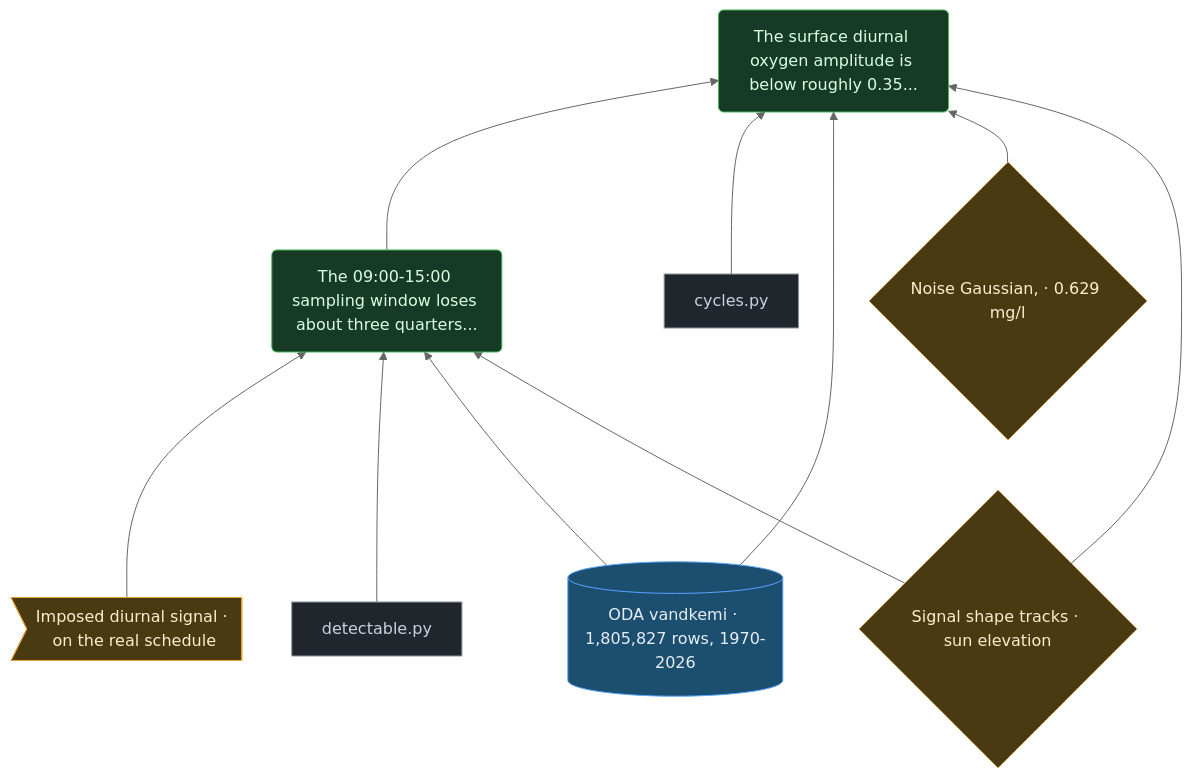
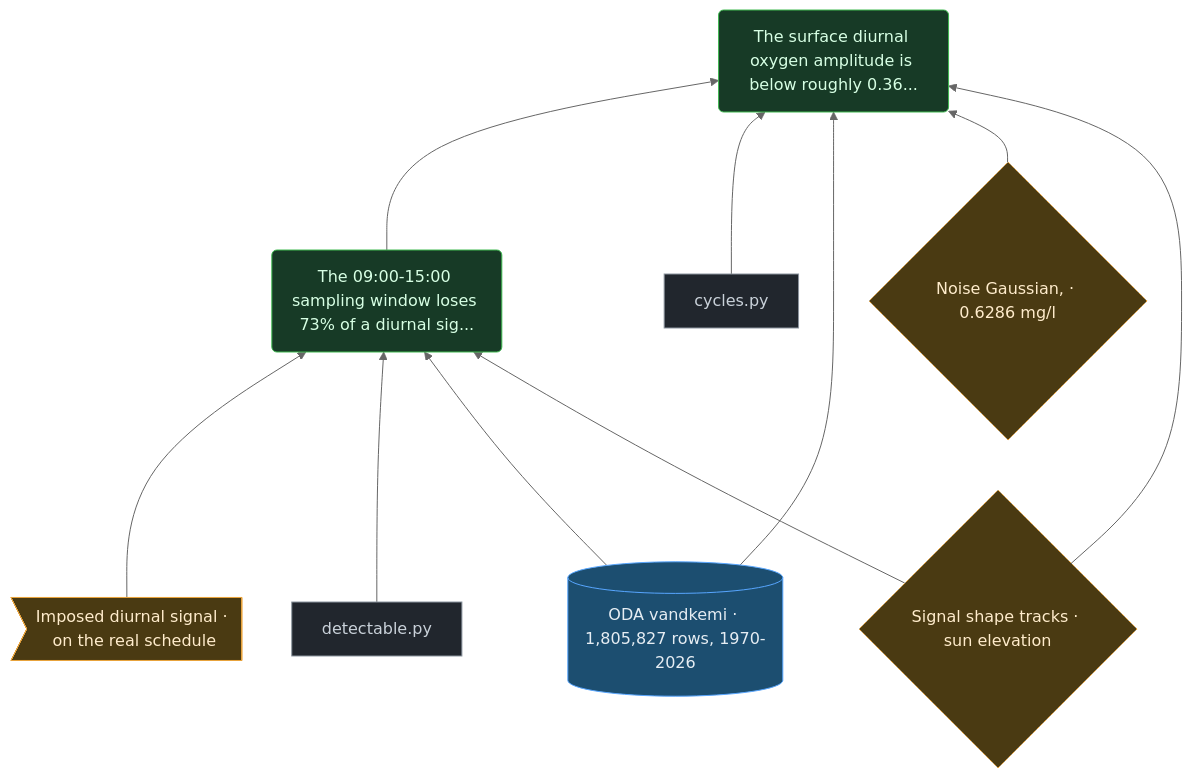
The seventh of 14 diagrams in docs/CLAIMS.md (Jjokulian/copenhagen-waterways), drawn with Mermaid (neutral theme) before and after one commit. The commit also changed other lines of this file and 13 other files, not shown here.

````diff
--- a/docs/CLAIMS.md
+++ b/docs/CLAIMS.md
@@ -201,28 +213,28 @@
 ```mermaid
 graph BT
-  C-DIURNAL-BOUND("The surface diurnal oxygen amplitude is below roughly 0.35...")
-  C-WORKDAY("The 09:00-15:00 sampling window loses about three quarters...")
+  C-DIURNAL-BOUND("The surface diurnal oxygen amplitude is below roughly 0.36...")
+  C-WORKDAY("The 09:00-15:00 sampling window loses 73% of a diurnal sig...")
   S-DETECT>"Imposed diurnal signal · on the real schedule"]
   X-DETECT["detectable.py"]
   D-KEMI[("ODA vandkemi · 1,805,827 rows, 1970-2026")]
   A-SHAPE{"Signal shape tracks · sun elevation"}
   X-CYCLES["cycles.py"]
-  A-NOISE{"Noise Gaussian, · 0.629 mg/l"}
+  A-NOISE{"Noise Gaussian, · 0.6286 mg/l"}
   C-WORKDAY --> C-DIURNAL-BOUND
   S-DETECT --> C-WORKDAY
   X-DETECT --> C-WORKDAY
   D-KEMI --> C-WORKDAY
   A-SHAPE --> C-WORKDAY
   X-CYCLES --> C-DIURNAL-BOUND
   D-KEMI --> C-DIURNAL-BOUND
   A-NOISE --> C-DIURNAL-BOUND
   A-SHAPE --> C-DIURNAL-BOUND
   style C-DIURNAL-BOUND fill:#173a26,stroke:#3fb950,color:#d7ffe4
   style C-WORKDAY fill:#173a26,stroke:#3fb950,color:#d7ffe4
   style S-DETECT fill:#4a3a12,stroke:#e8a33d,color:#ffeccc
   style X-DETECT fill:#21262d,stroke:#8b949e,color:#c9d1d9
   style D-KEMI fill:#1c4e70,stroke:#58a6ff,color:#e6edf3
   style A-SHAPE fill:#4a3a12,stroke:#e8a33d,color:#ffeccc,stroke-dasharray:3 2
   style X-CYCLES fill:#21262d,stroke:#8b949e,color:#c9d1d9
   style A-NOISE fill:#4a3a12,stroke:#e8a33d,color:#ffeccc,stroke-dasharray:3 2
 ```
````
